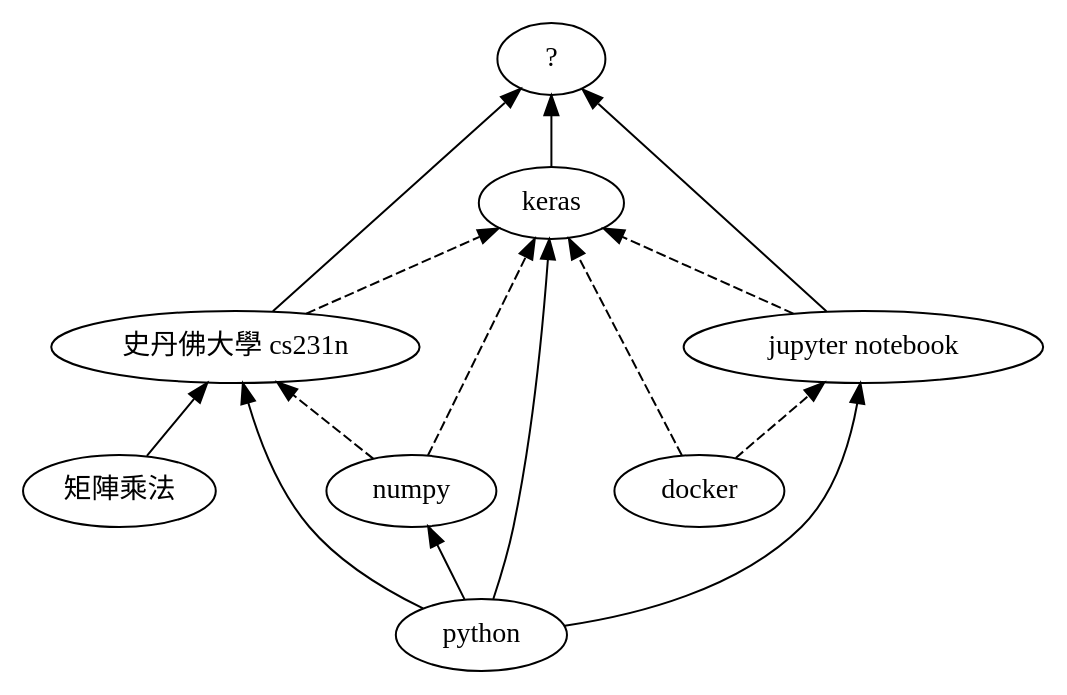
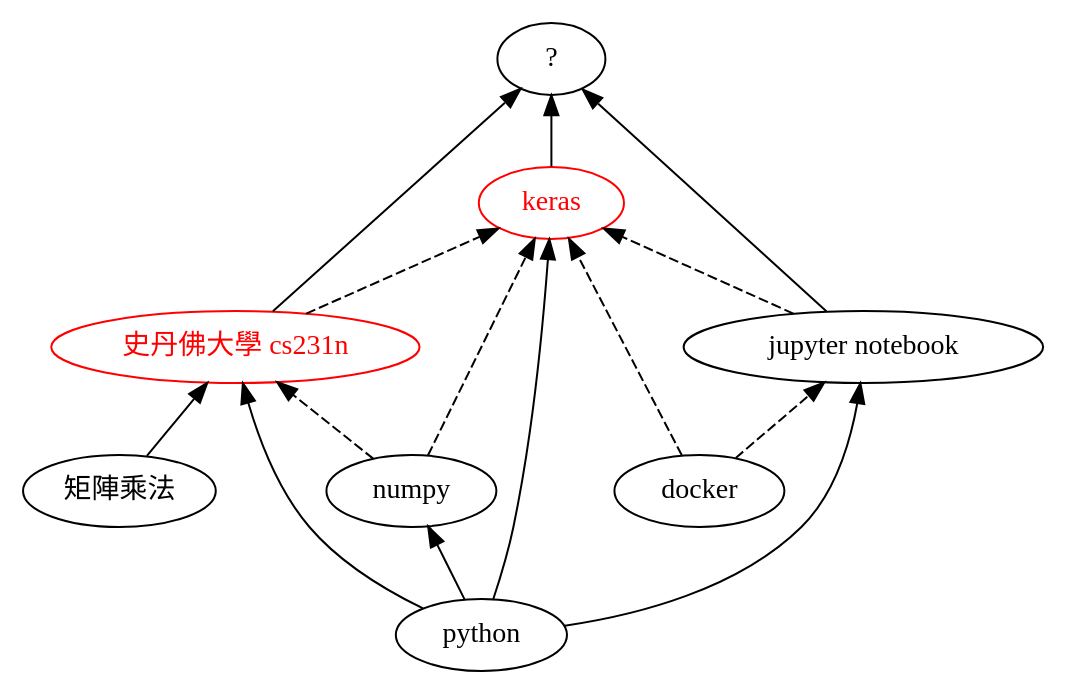
The diagram in a/m/17/machine-learning.dot (ckhung/ckhung.github.io), drawn with Graphviz before and after one commit. The commit also changed 1 other file, not shown here.

```diff
--- a/a/m/17/machine-learning.dot
+++ b/a/m/17/machine-learning.dot
@@ -1,22 +1,22 @@
 digraph "不求甚解工程師的 「機器學習」 學習捷徑地圖" {
 
     rankdir = BT;
     overlap = scale;
 
     python [ label="python"; ];
     docker [ label="docker"; ];
     jupyter [ label="jupyter notebook"; ];
     mat_mul [ label="矩陣乘法"; ];
-    cs231n [ label="史丹佛大學 cs231n"; ];
-    keras [ label="keras"; ];
+    cs231n [ label="史丹佛大學 cs231n"; color="red"; fontcolor="red"; ];
+    keras [ label="keras"; color="red"; fontcolor="red"; ];
     numpy [ label="numpy"; ];
     advanced [ label="?"; ];
 
     python -> { numpy jupyter keras };
     numpy -> { cs231n keras } [ style="dashed" ];
     { mat_mul python } -> cs231n;
     { jupyter cs231n keras } -> advanced;
 
     docker -> { keras jupyter} [ style="dashed" ];
     { cs231n jupyter } -> keras [ style="dashed" ];
 }
```
